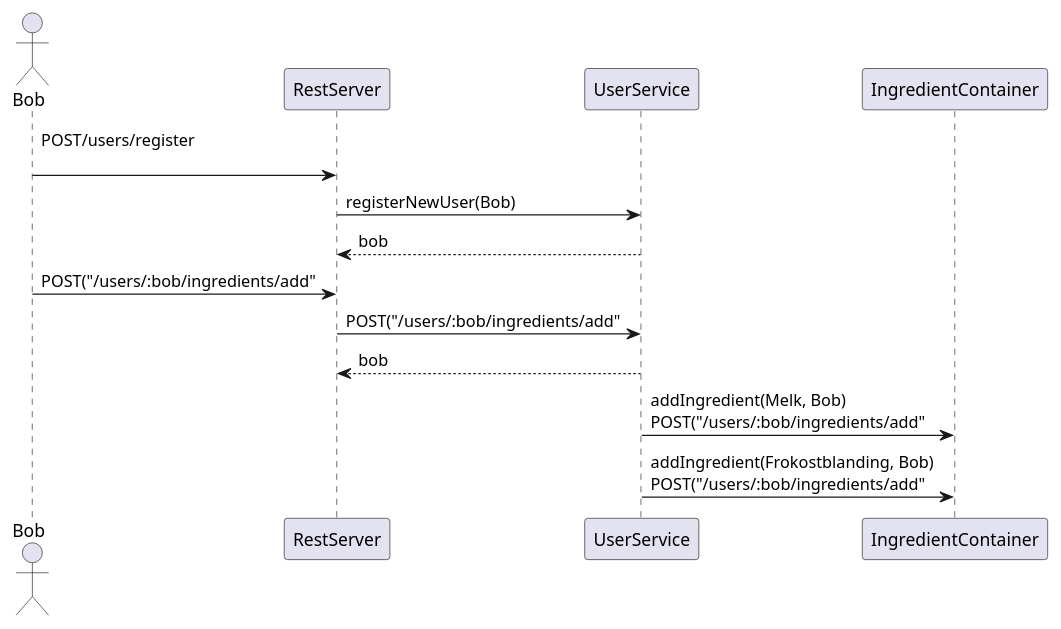
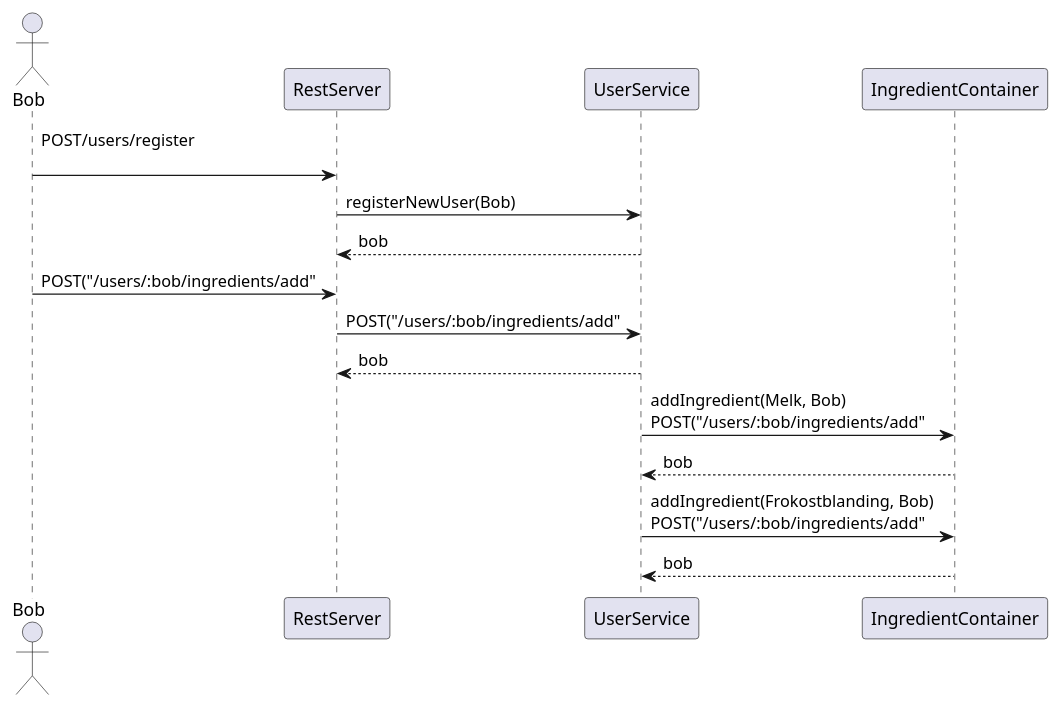
One commit to joonerik/dinnerium changed the diagram in documentation/diagrams/sequence_diagram.puml. Above: the diagram before and after it, drawn with PlantUML.

```diff
--- a/documentation/diagrams/sequence_diagram.puml
+++ b/documentation/diagrams/sequence_diagram.puml
@@ -1,13 +1,15 @@
 @startuml sequence_diagram
 actor Bob
 Bob -> RestServer: POST/users/register\n
 RestServer -> UserService: registerNewUser(Bob)
 UserService --> RestServer: bob
 
 Bob -> RestServer: POST("/users/:bob/ingredients/add"
 RestServer -> UserService: POST("/users/:bob/ingredients/add"
 UserService --> RestServer: bob
 
 UserService -> IngredientContainer: addIngredient(Melk, Bob)\nPOST("/users/:bob/ingredients/add"
+IngredientContainer --> UserService: bob
 UserService -> IngredientContainer: addIngredient(Frokostblanding, Bob)\nPOST("/users/:bob/ingredients/add"
+IngredientContainer --> UserService: bob
 @enduml
```
